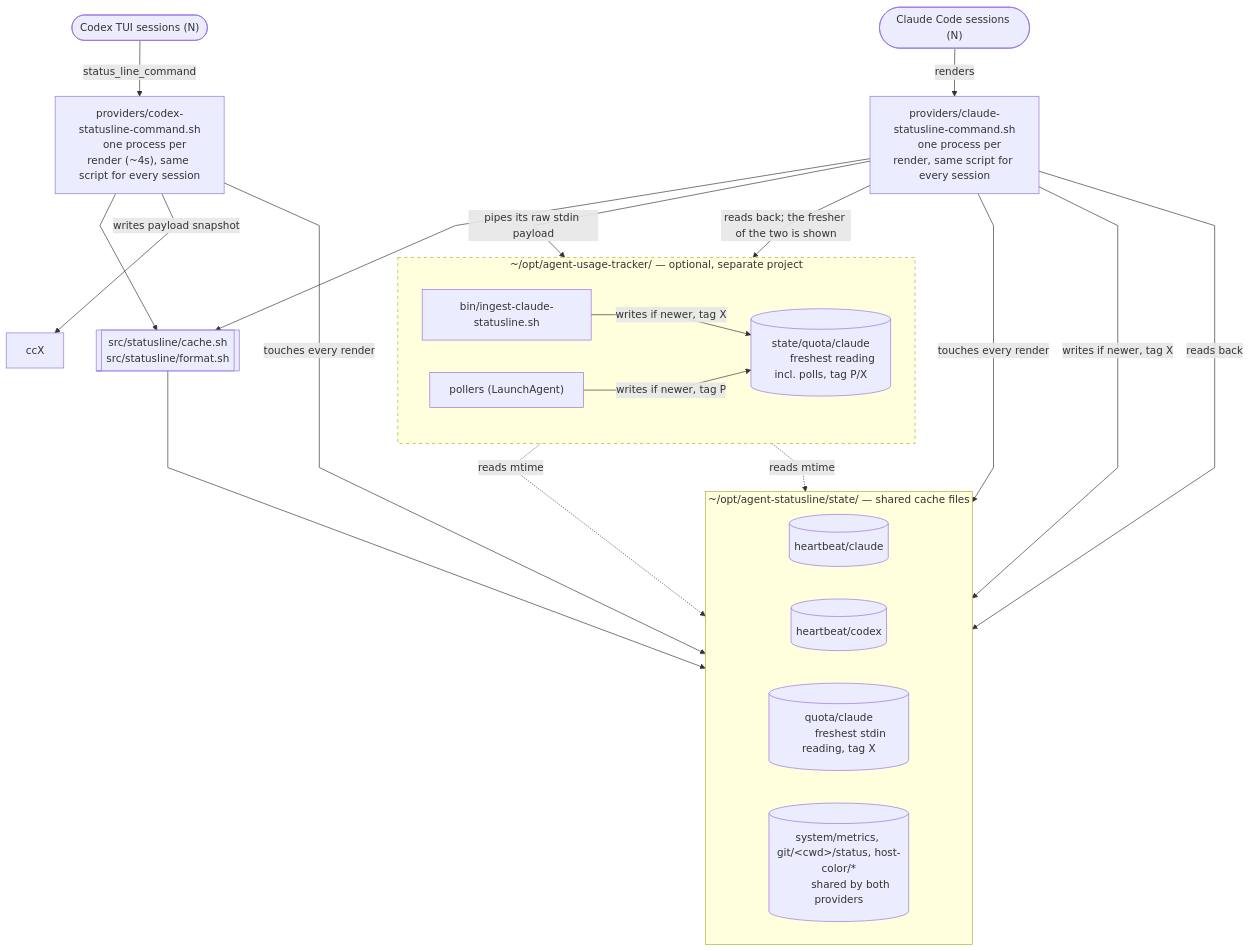
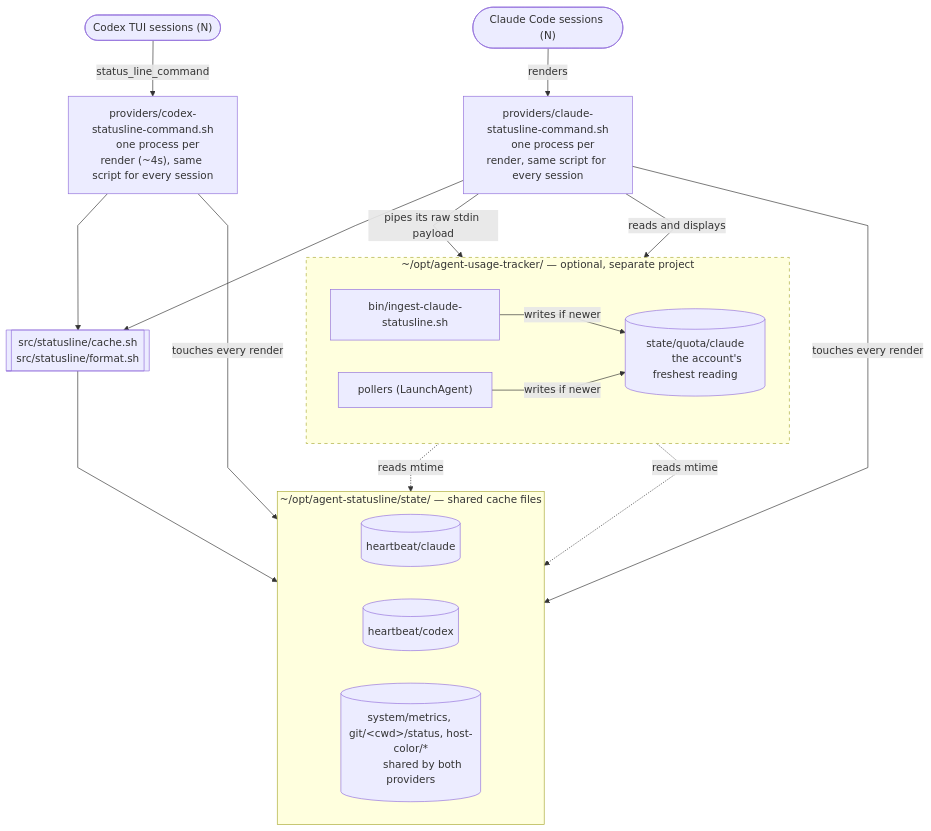
Before and after one commit to JeanLescutMuller/agent-statusline: the diagram in README.md, drawn with Mermaid. The commit also changed other lines of this file and 6 other files, not shown here.

````diff
--- a/README.md
+++ b/README.md
@@ -33,54 +33,49 @@
 ```mermaid
 %%{init: {"flowchart": {"curve": "linear"}}}%%
 flowchart TB
     claudeS(["Claude Code sessions (N)"])
     codexS(["Codex TUI sessions (N)"])
 
     provclaude["providers/claude-statusline-command.sh
     one process per render, same script for every session"]
     provcodex["providers/codex-statusline-command.sh
     one process per render (~4s), same script for every session"]
 
     sharedlib[["src/statusline/cache.sh
     src/statusline/format.sh"]]
 
     subgraph state["~/opt/agent-statusline/state/ — shared cache files"]
         direction LR
         hbC[("heartbeat/claude")]
         hbX[("heartbeat/codex")]
-        ccC0[("quota/claude
-        freshest stdin reading, tag X")]
         ccOther[("system/metrics, git/&lt;cwd&gt;/status, host-color/*
         shared by both providers")]
     end
 
     subgraph tracker["~/opt/agent-usage-tracker/ — optional, separate project"]
         direction LR
         ingest["bin/ingest-claude-statusline.sh"]
         ccC[("state/quota/claude
-        freshest reading incl. polls, tag P/X")]
+        the account's freshest reading")]
         pollers["pollers (LaunchAgent)"]
     end
 
     claudeS -->|renders| provclaude
     codexS -->|"status_line_command"| provcodex
 
     provclaude --> sharedlib
     provcodex --> sharedlib
     sharedlib --> ccOther
 
     provclaude -->|touches every render| hbC
     provcodex -->|touches every render| hbX
-    provcodex -->|writes payload snapshot| ccX
 
-    provclaude -->|"writes if newer, tag X"| ccC0
-    provclaude -->|"reads back"| ccC0
     provclaude -->|"pipes its raw stdin payload"| ingest
-    ingest -->|"writes if newer, tag X"| ccC
-    provclaude -->|"reads back; the fresher of the two is shown"| ccC
+    ingest -->|"writes if newer"| ccC
+    provclaude -->|"reads and displays"| ccC
     pollers -.->|"reads mtime"| hbC
     pollers -.->|"reads mtime"| hbX
-    pollers -->|"writes if newer, tag P"| ccC
+    pollers -->|"writes if newer"| ccC
 
     style tracker stroke-dasharray: 5 5
 ```
````
